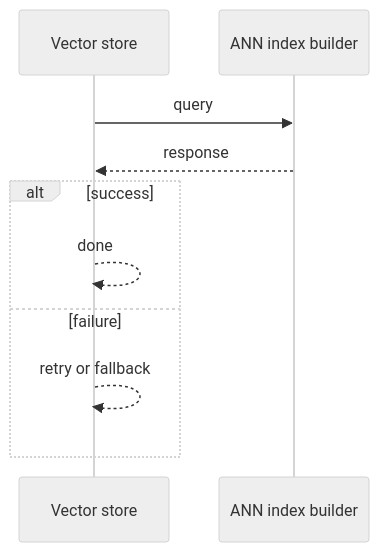
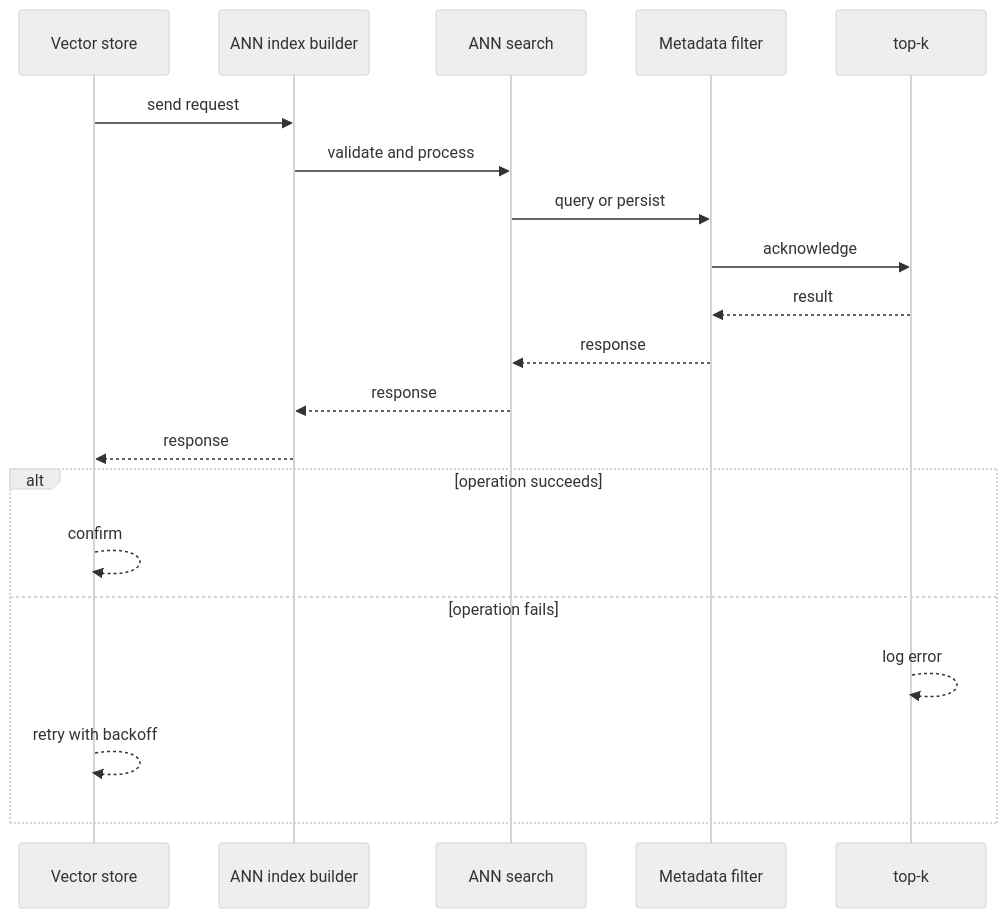
One commit to RIT-MESH/system-design-mastery changed the second of 4 diagrams in case-studies/extreme/vector-database.md. Above: the diagram before and after it, drawn with Mermaid (neutral theme). The commit also changed other lines of this file and 64 other files, not shown here.

````diff
--- a/case-studies/extreme/vector-database.md
+++ b/case-studies/extreme/vector-database.md
@@ -76,13 +64,23 @@
 ```mermaid
 %% created-for: system-design-mastery
 sequenceDiagram
-  participant P0 as Vector store
-  participant P1 as ANN index builder
-  P0 ->> P1: query
-  P1 -->> P0: response
-  alt success
-    P0 -->> P0: done
-  else failure
-    P0 -->> P0: retry or fallback
+  participant C0 as Vector store
+  participant C1 as ANN index builder
+  participant C2 as ANN search
+  participant C3 as Metadata filter
+  participant C4 as top-k
+  C0 ->> C1: send request
+  C1 ->> C2: validate and process
+  C2 ->> C3: query or persist
+  C3 ->> C4: acknowledge
+  C4 -->> C3: result
+  C3 -->> C2: response
+  C2 -->> C1: response
+  C1 -->> C0: response
+  alt operation succeeds
+    C0 -->> C0: confirm
+  else operation fails
+    C4 -->> C4: log error
+    C0 -->> C0: retry with backoff
   end
 ```
````
